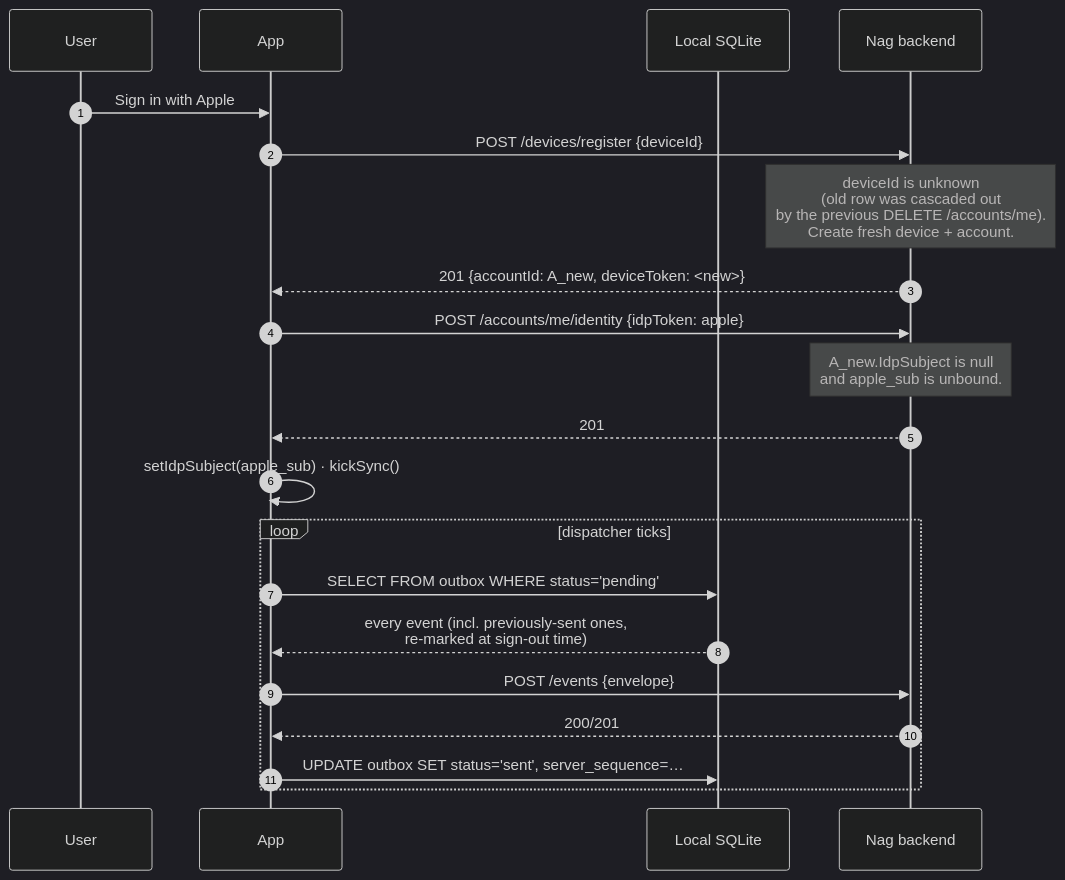
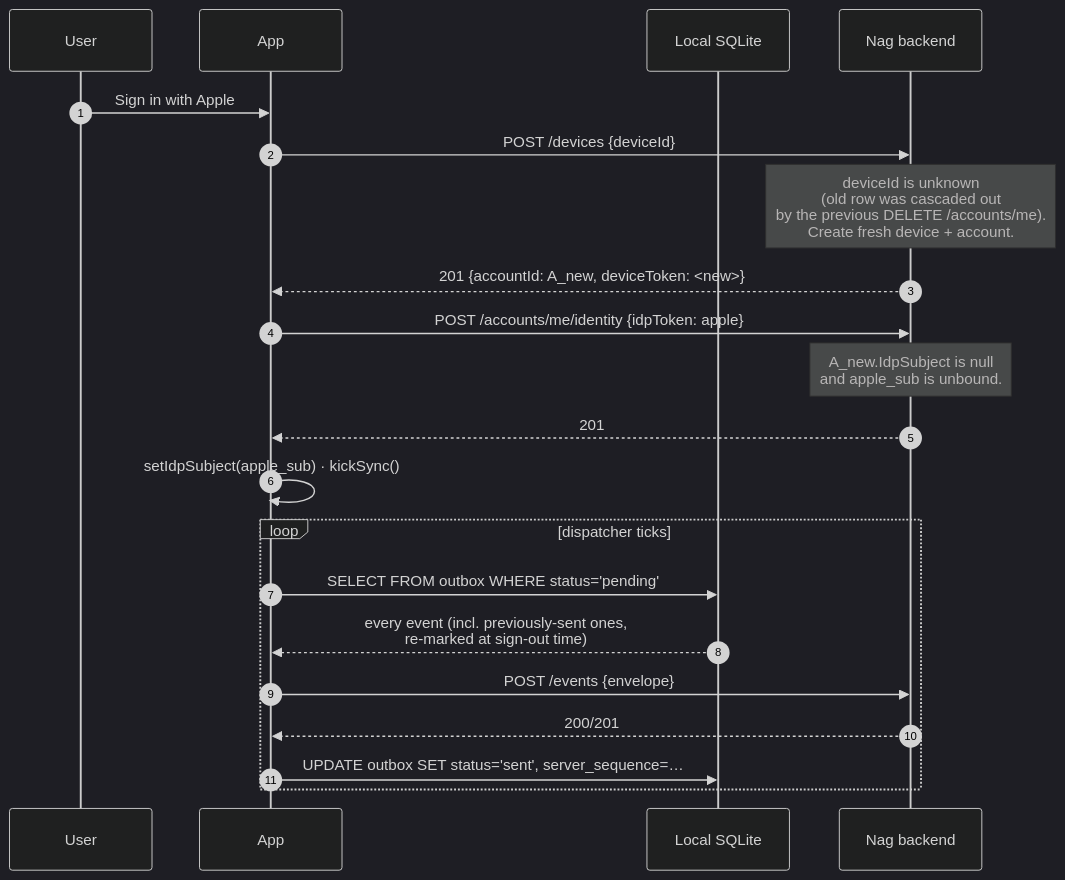
One commit to auctionready/nag changed the fourth of 12 diagrams in docs/IdentityAndAuth.md. Above: the diagram before and after it, drawn with Mermaid (dark theme). The commit also changed other lines of this file and 24 other files, not shown here.

First line of the commit message:
api+app: REST-ify device endpoints (/devices, /accounts/me/devices, /devices/me)

````diff
--- a/docs/IdentityAndAuth.md
+++ b/docs/IdentityAndAuth.md
@@ -481,24 +484,24 @@
 ```mermaid
 sequenceDiagram
     autonumber
     participant U as User
     participant App as App
     participant Local as Local SQLite
     participant Server as Nag backend
 
     U->>App: Sign in with Apple
-    App->>Server: POST /devices/register {deviceId}
+    App->>Server: POST /devices {deviceId}
     Note over Server: deviceId is unknown<br/>(old row was cascaded out<br/>by the previous DELETE /accounts/me).<br/>Create fresh device + account.
     Server-->>App: 201 {accountId: A_new, deviceToken: <new>}
     App->>Server: POST /accounts/me/identity {idpToken: apple}
     Note over Server: A_new.IdpSubject is null<br/>and apple_sub is unbound.
     Server-->>App: 201
     App->>App: setIdpSubject(apple_sub) · kickSync()
     loop dispatcher ticks
         App->>Local: SELECT FROM outbox WHERE status='pending'
         Local-->>App: every event (incl. previously-sent ones,<br/>re-marked at sign-out time)
         App->>Server: POST /events {envelope}
         Server-->>App: 200/201
         App->>Local: UPDATE outbox SET status='sent', server_sequence=…
     end
 ```
````
